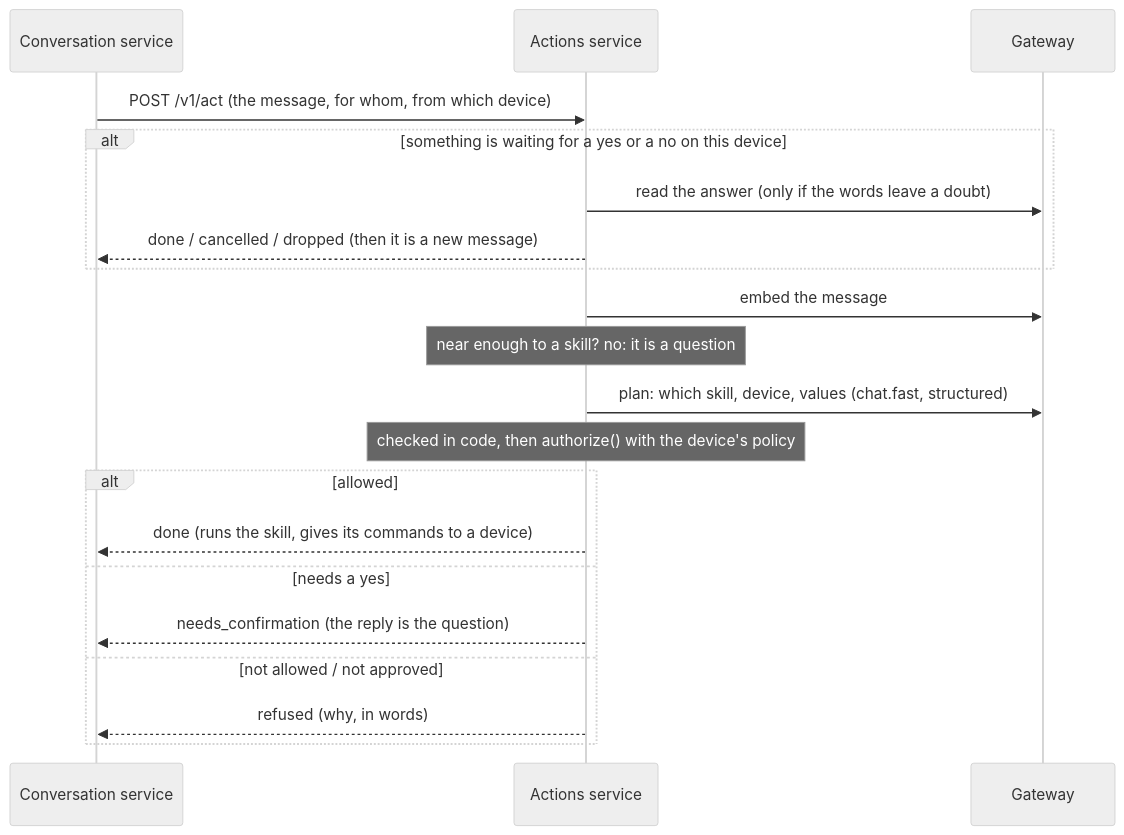
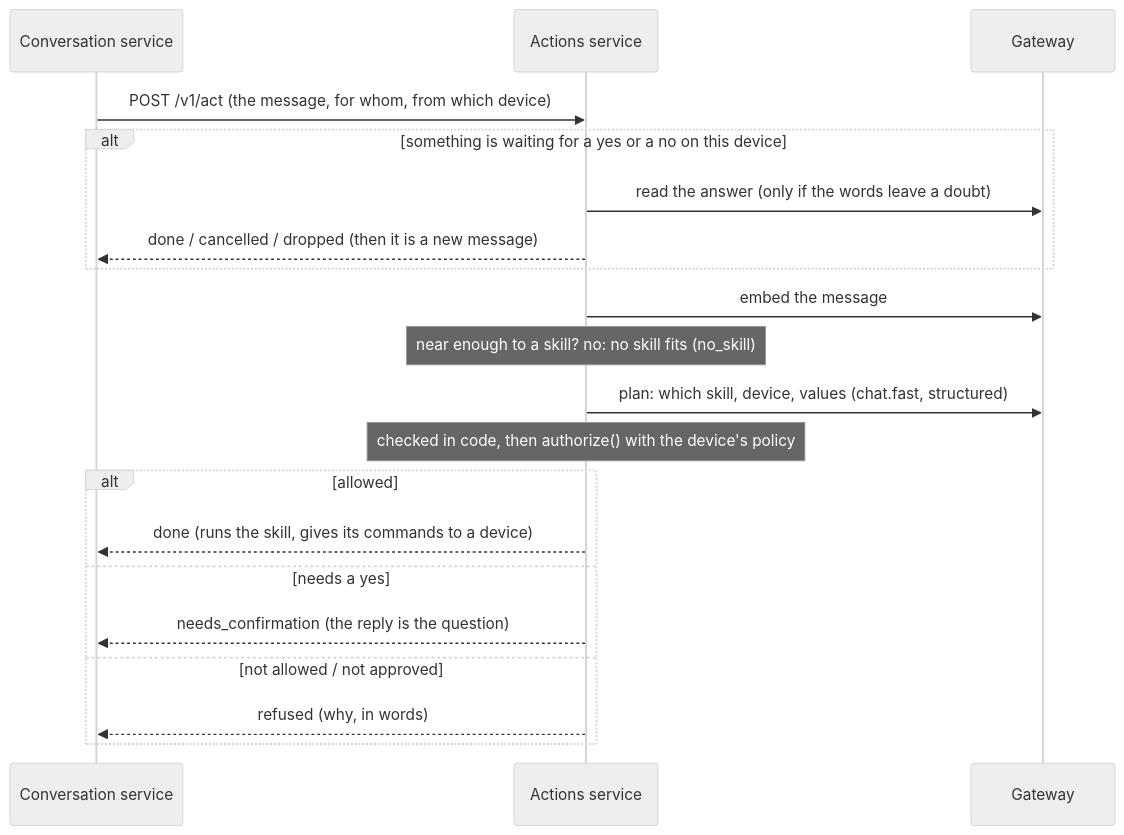
The diagram in docs/actions.md (nicolapucci/factotum), drawn with Mermaid (neutral theme) before and after one commit. The commit also changed other lines of this file and 5 other files, not shown here.

````diff
--- a/docs/actions.md
+++ b/docs/actions.md
@@ -27,22 +27,22 @@
 ```mermaid
 sequenceDiagram
     participant C as Conversation service
     participant A as Actions service
     participant G as Gateway
     C->>A: POST /v1/act (the message, for whom, from which device)
     alt something is waiting for a yes or a no on this device
         A->>G: read the answer (only if the words leave a doubt)
         A-->>C: done / cancelled / dropped (then it is a new message)
     end
     A->>G: embed the message
-    Note over A: near enough to a skill? no: it is a question
+    Note over A: near enough to a skill? no: no skill fits (no_skill)
     A->>G: plan: which skill, device, values (chat.fast, structured)
     Note over A: checked in code, then authorize() with the device's policy
     alt allowed
         A-->>C: done (runs the skill, gives its commands to a device)
     else needs a yes
         A-->>C: needs_confirmation (the reply is the question)
     else not allowed / not approved
         A-->>C: refused (why, in words)
     end
 ```
````
